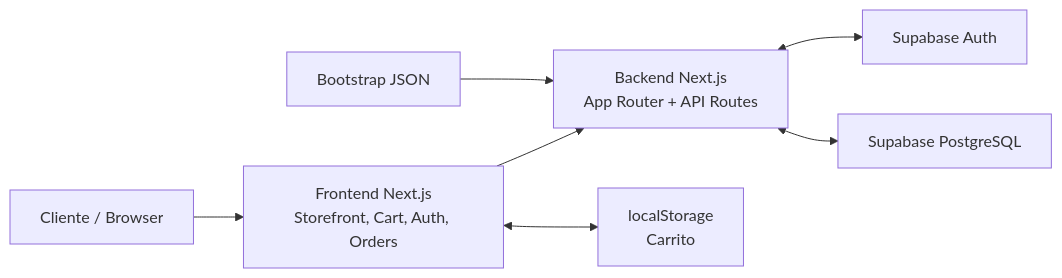
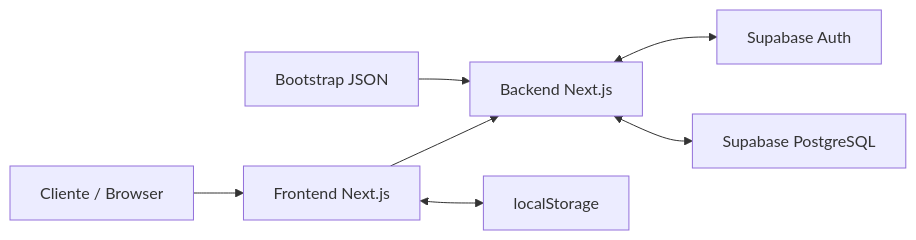
One commit to Camiloruiiz/ploottest changed the first of 5 diagrams in README.md. Above: the diagram before and after it, drawn with Mermaid. The commit also changed other lines of this file and 5 other files, not shown here.

First line of the commit message:
feat: add README documentation for project setup and architecture

````diff
--- a/README.md
+++ b/README.md
@@ -379,17 +24,17 @@
 ```mermaid
 flowchart LR
     Browser[Cliente / Browser]
-    Frontend[Frontend Next.js<br/>Storefront, Cart, Auth, Orders]
-    Backend[Backend Next.js<br/>App Router + API Routes]
-    LocalStorage[localStorage<br/>Carrito]
+    Frontend[Frontend Next.js]
+    Backend[Backend Next.js]
+    LocalStorage[localStorage]
     Auth[Supabase Auth]
     DB[Supabase PostgreSQL]
     Seed[Bootstrap JSON]
 
     Browser --> Frontend
     Frontend --> Backend
     Frontend <--> LocalStorage
     Backend <--> Auth
     Backend <--> DB
     Seed --> Backend
 ```
````
